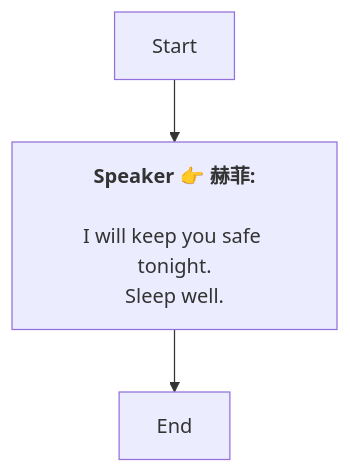
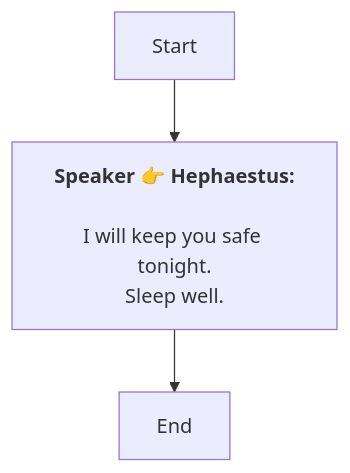
Before and after one commit to SoftHu/tos_avg: the diagram in Zh/Dialog_55387921293267.md, drawn with Mermaid. The commit also changed 737 other files, not shown here.

````diff
--- a/Zh/Dialog_55387921293267.md
+++ b/Zh/Dialog_55387921293267.md
@@ -1,9 +1,8 @@
 ```mermaid
 graph
-Start -->1772413523507406[<b>Speaker 👉 赫菲:</b>
-
-I will keep you safe tonight.
+Start -->1772413523507406[<b>Speaker 👉 Hephaestus:</b>
+\nI will keep you safe tonight.
 Sleep well.]
 1772413523507406 -->1772413579720912[End]
 
- ```
+```
````
